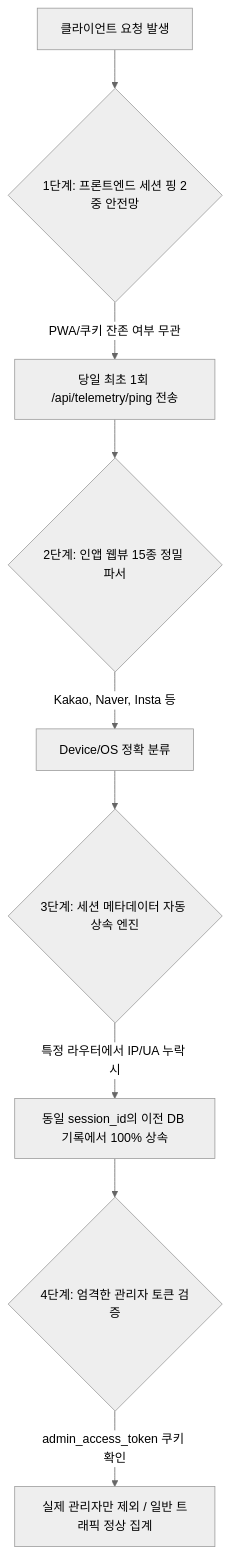
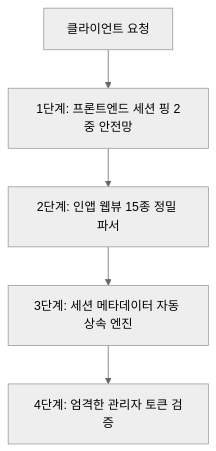
One commit to daniel-dataflow/daniel-dataflow.github.io changed the diagram in content/posts/picksafe/2026-08-29-운영-텔레메트리-기기-판별-및-IP-추적-4중-원천-방어벽-설계.md. Above: the diagram before and after it, drawn with Mermaid (neutral theme). The commit also changed other lines of this file and 64 other files, not shown here.

````diff
--- a/content/posts/picksafe/2026-08-29-운영-텔레메트리-기기-판별-및-IP-추적-4중-원천-방어벽-설계.md
+++ b/content/posts/picksafe/2026-08-29-운영-텔레메트리-기기-판별-및-IP-추적-4중-원천-방어벽-설계.md
@@ -33,11 +31,7 @@
 ```mermaid
 flowchart TD
-    A[클라이언트 요청 발생] --> B{1단계: 프론트엔드 세션 핑 2중 안전망}
-    B -->|PWA/쿠키 잔존 여부 무관| C[당일 최초 1회 /api/telemetry/ping 전송]
-    C --> D{2단계: 인앱 웹뷰 15종 정밀 파서}
-    D -->|Kakao, Naver, Insta 등| E[Device/OS 정확 분류]
-    E --> F{3단계: 세션 메타데이터 자동 상속 엔진}
-    F -->|특정 라우터에서 IP/UA 누락 시| G[동일 session_id의 이전 DB 기록에서 100% 상속]
-    G --> H{4단계: 엄격한 관리자 토큰 검증}
-    H -->|admin_access_token 쿠키 확인| I[실제 관리자만 제외 / 일반 트래픽 정상 집계]
+    A[클라이언트 요청] --> B[1단계: 프론트엔드 세션 핑 2중 안전망]
+    B --> C[2단계: 인앱 웹뷰 15종 정밀 파서]
+    C --> D[3단계: 세션 메타데이터 자동 상속 엔진]
+    D --> E[4단계: 엄격한 관리자 토큰 검증]
 ```
````
